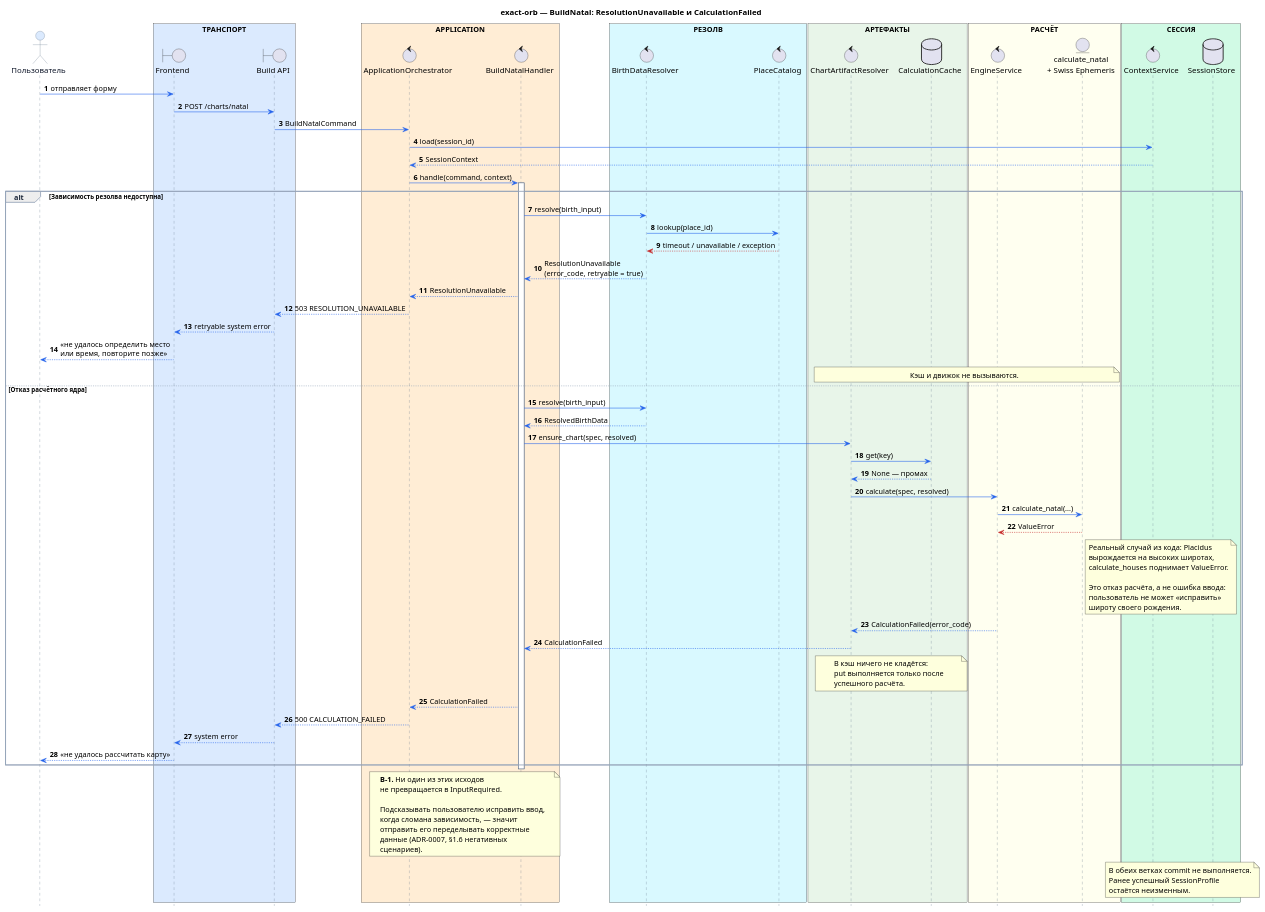
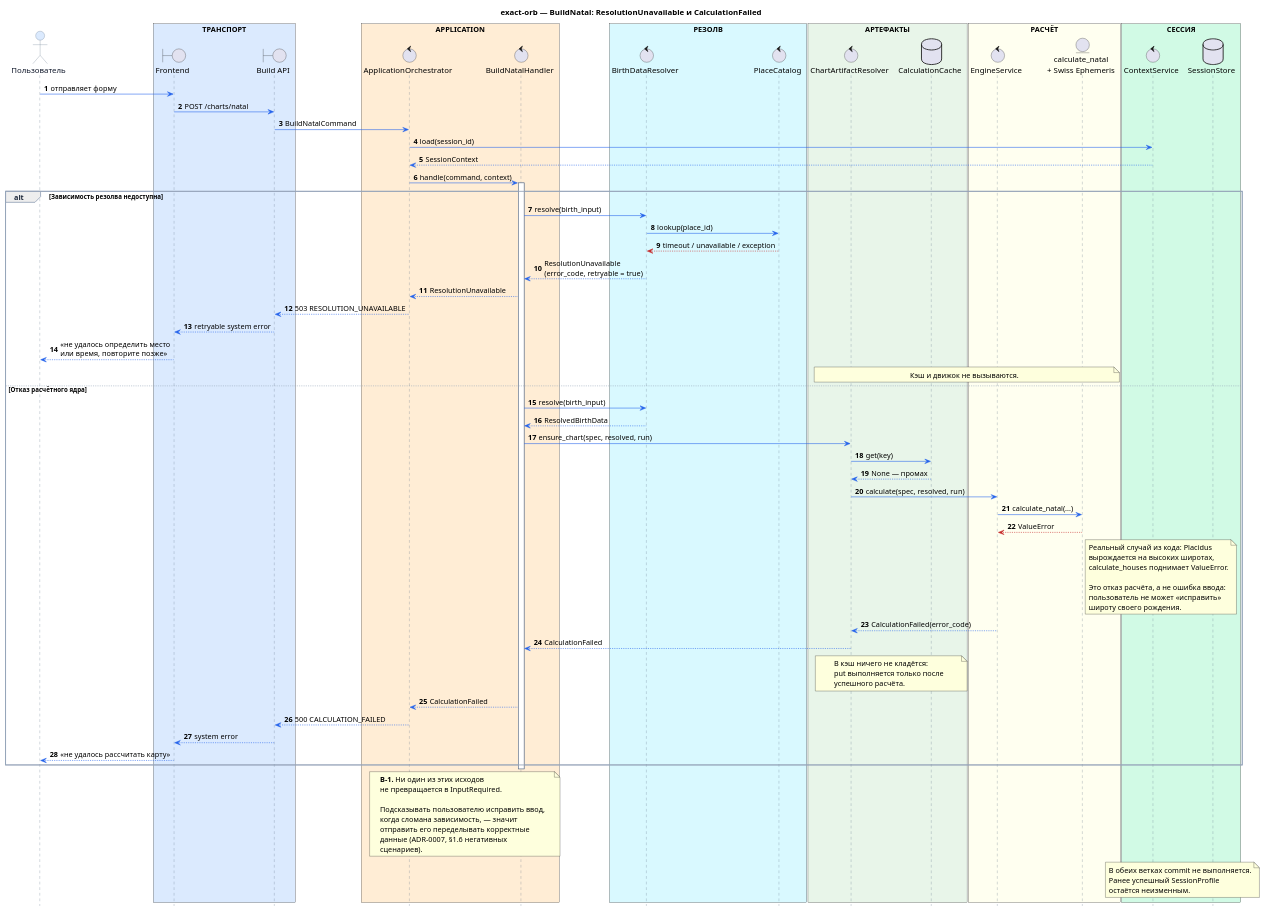
Before and after one commit to unemployedITshnik/exact-orb-demo: the diagram in docs/sequence_diagrams/build_natal/005-build_natal_technical_failures.puml, drawn with PlantUML. The commit also changed 49 other files, not shown here.

First line of the commit message:
feat(calculation): add chart artifact pipeline layers

```diff
--- a/docs/sequence_diagrams/build_natal/005-build_natal_technical_failures.puml
+++ b/docs/sequence_diagrams/build_natal/005-build_natal_technical_failures.puml
@@ -1,156 +1,156 @@
 @startuml
 title exact-orb — BuildNatal: ResolutionUnavailable и CalculationFailed
 
 ' Технические отказы. Ключевой инвариант B-1: техническая ошибка
 ' никогда не преобразуется в InputRequired.
 
 autonumber
 hide footbox
 
 skinparam shadowing false
 skinparam responseMessageBelowArrow true
 
 skinparam sequence {
     ArrowColor #2563EB
     LifeLineBorderColor #64748B
     LifeLineBackgroundColor #FFFFFF
 
     ParticipantBorderColor #64748B
     ParticipantFontColor #0F172A
     ParticipantBackgroundColor #F8FAFC
 
     ActorBorderColor #64748B
     ActorFontColor #0F172A
     ActorBackgroundColor #DBEAFE
 
     GroupBorderColor #94A3B8
     GroupHeaderFontColor #1E293B
 
     DividerBorderColor #94A3B8
     DividerFontColor #1E293B
 
     NoteBorderColor #94A3B8
     NoteBackgroundColor #FFFBEA
     NoteFontColor #334155
 }
 
 actor "Пользователь" as User
 
 box "ТРАНСПОРТ" #DBEAFE
     boundary "Frontend" as FE
     boundary "Build API" as API
 end box
 
 box "APPLICATION" #FFEDD5
     control "ApplicationOrchestrator" as Orch
     control "BuildNatalHandler" as Handler
 end box
 
 box "РЕЗОЛВ" #D9F9FF
     control "BirthDataResolver" as Resolver
     control "PlaceCatalog" as Places
 end box
 
 box "АРТЕФАКТЫ" #E8F5E9
     control "ChartArtifactResolver" as Artifacts
     database "CalculationCache" as Cache
 end box
 
 box "РАСЧЁТ" #FFFFF0
     control "EngineService" as Engine
     entity "calculate_natal\n+ Swiss Ephemeris" as Swiss
 end box
 
 box "СЕССИЯ" #D1FAE5
     control "ContextService" as Context
     database "SessionStore" as Store
 end box
 
 
 User -> FE : отправляет форму
 FE -> API : POST /charts/natal
 API -> Orch : BuildNatalCommand
 
 Orch -> Context : load(session_id)
 Context --> Orch : SessionContext
 
 Orch -> Handler : handle(command, context)
 activate Handler
 
 
 alt Зависимость резолва недоступна
 
     Handler -> Resolver : resolve(birth_input)
     Resolver -> Places : lookup(place_id)
     Places -[#C62828]-> Resolver : timeout / unavailable / exception
 
     Resolver --> Handler : ResolutionUnavailable\n(error_code, retryable = true)
     Handler --> Orch : ResolutionUnavailable
 
     Orch --> API : 503 RESOLUTION_UNAVAILABLE
     API --> FE : retryable system error
     FE --> User : «не удалось определить место\nили время, повторите позже»
 
     note over Artifacts, Swiss
     Кэш и движок не вызываются.
     end note
 
 else Отказ расчётного ядра
 
     Handler -> Resolver : resolve(birth_input)
     Resolver --> Handler : ResolvedBirthData
 
-    Handler -> Artifacts : ensure_chart(spec, resolved)
+    Handler -> Artifacts : ensure_chart(spec, resolved, run)
     Artifacts -> Cache : get(key)
     Cache --> Artifacts : None — промах
 
-    Artifacts -> Engine : calculate(spec, resolved)
+    Artifacts -> Engine : calculate(spec, resolved, run)
     Engine -> Swiss : calculate_natal(...)
     Swiss -[#C62828]-> Engine : ValueError
 
     note right of Swiss
     Реальный случай из кода: Placidus
     вырождается на высоких широтах,
     calculate_houses поднимает ValueError.
 
     Это отказ расчёта, а не ошибка ввода:
     пользователь не может «исправить»
     широту своего рождения.
     end note
 
     Engine --> Artifacts : CalculationFailed(error_code)
     Artifacts --> Handler : CalculationFailed
 
     note over Artifacts, Cache
     В кэш ничего не кладётся:
     put выполняется только после
     успешного расчёта.
     end note
 
     Handler --> Orch : CalculationFailed
     Orch --> API : 500 CALCULATION_FAILED
     API --> FE : system error
     FE --> User : «не удалось рассчитать карту»
 
 end
 
 deactivate Handler
 
 note over Handler, Orch
 **B-1.** Ни один из этих исходов
 не превращается в InputRequired.
 
 Подсказывать пользователю исправить ввод,
 когда сломана зависимость, — значит
 отправить его переделывать корректные
 данные (ADR-0007, §1.6 негативных
 сценариев).
 end note
 
 note over Context, Store
 В обеих ветках commit не выполняется.
 Ранее успешный SessionProfile
 остаётся неизменным.
 end note
 
 @enduml
```
